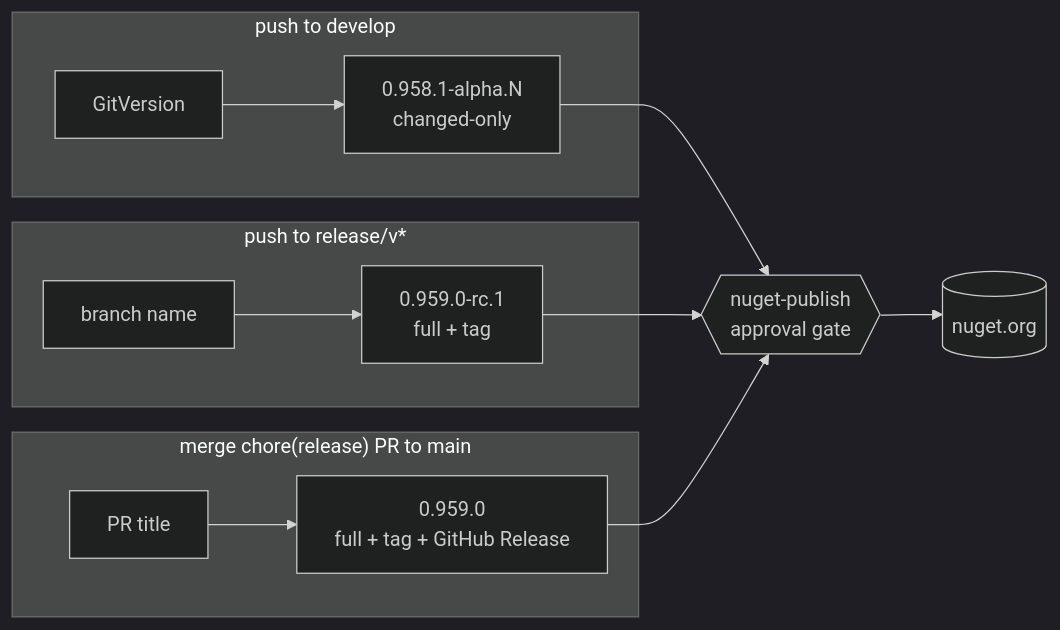
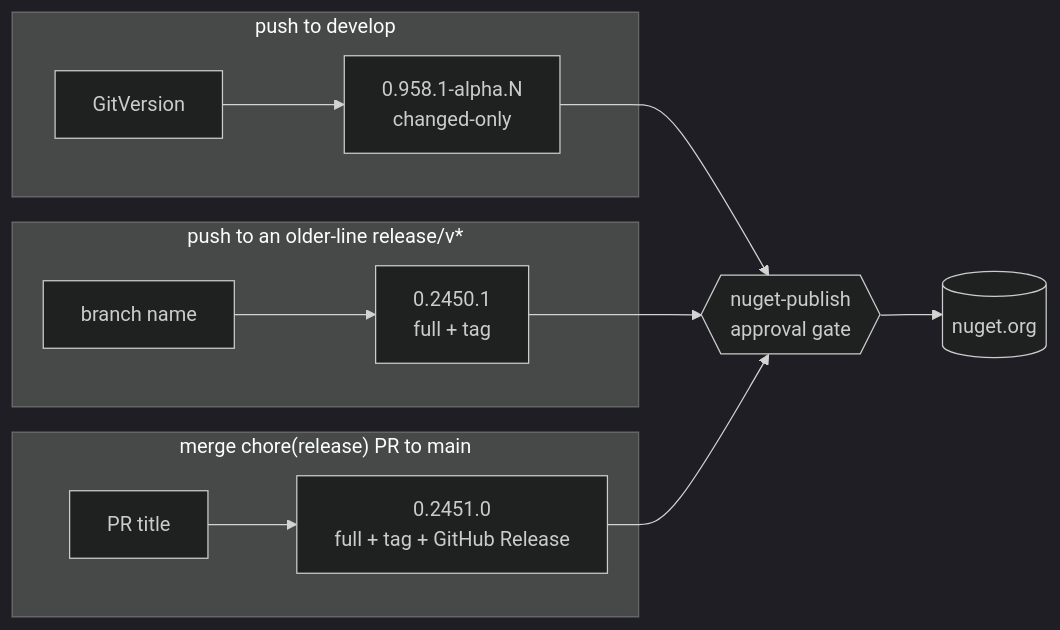
One commit to whizbang-lib/whizbang changed the second of 5 diagrams in docs/RELEASING.md. Above: the diagram before and after it, drawn with Mermaid (dark theme). The commit also changed other lines of this file, not shown here.

First line of the commit message:
docs(releasing): document the release-pr guard, hotfix lines and prerelease series

````diff
--- a/docs/RELEASING.md
+++ b/docs/RELEASING.md
@@ -76,16 +76,16 @@
 ```mermaid
 flowchart LR
   subgraph dev["push to develop"]
     D1[GitVersion] --> D2["0.958.1-alpha.N<br/>changed-only"]
   end
-  subgraph rel["push to release/v*"]
-    R1[branch name] --> R2["0.959.0-rc.1<br/>full + tag"]
+  subgraph rel["push to an older-line release/v*"]
+    R1[branch name] --> R2["0.2450.1<br/>full + tag"]
   end
   subgraph main["merge chore(release) PR to main"]
-    M1[PR title] --> M2["0.959.0<br/>full + tag + GitHub Release"]
+    M1[PR title] --> M2["0.2451.0<br/>full + tag + GitHub Release"]
   end
   D2 --> GATE{{"nuget-publish<br/>approval gate"}}
   R2 --> GATE
   M2 --> GATE
   GATE --> NUGET[("nuget.org")]
 ```
````
